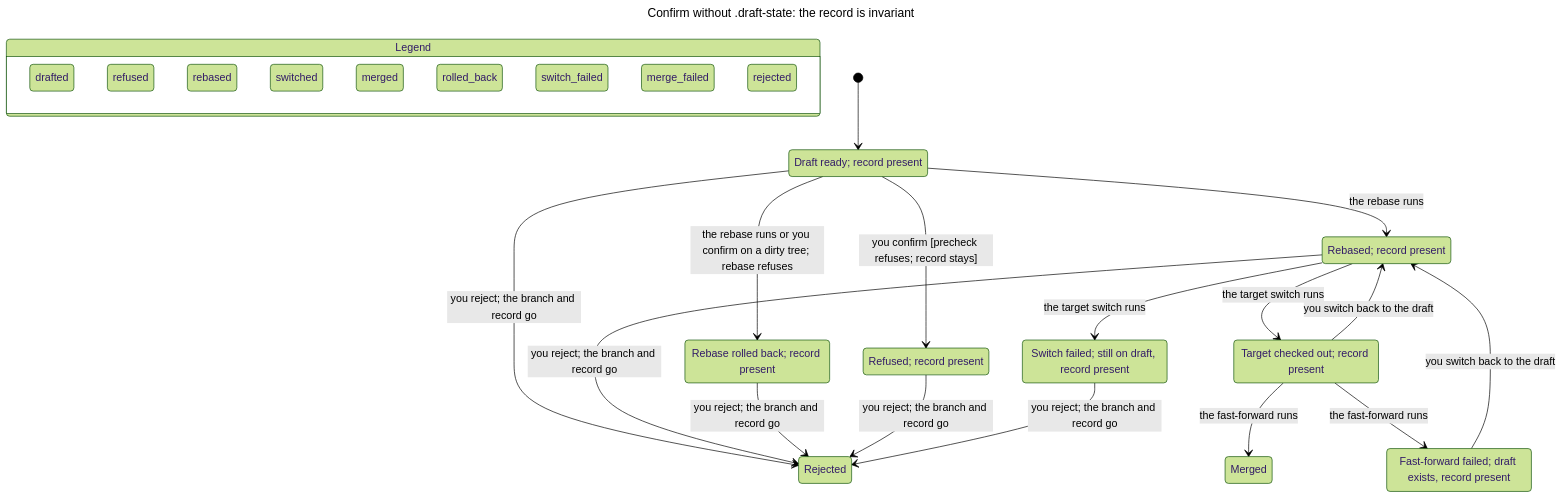
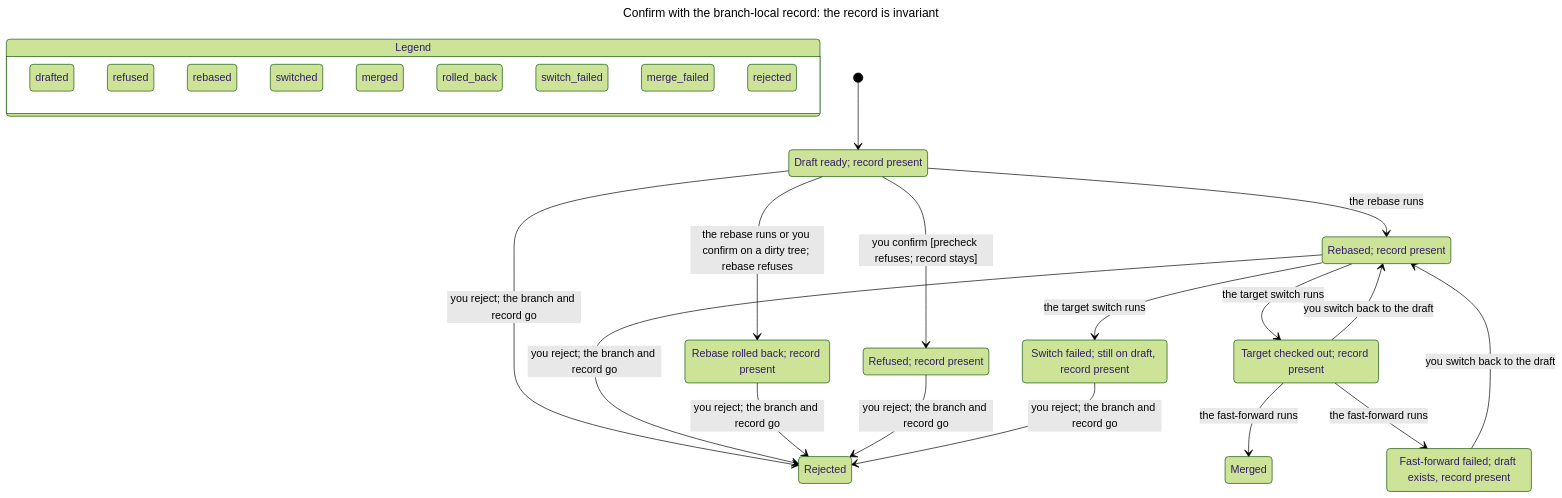
Before and after one commit to yaojiethng/agent-sandbox: the second of 2 diagrams in docs/reference/draft_branch_statechart.md, drawn with Mermaid (forest theme). The commit also changed other lines of this file and 18 other files, not shown here.

First line of the commit message:
impl: move the draft record onto the branch

````diff
--- a/docs/reference/draft_branch_statechart.md
+++ b/docs/reference/draft_branch_statechart.md
@@ -132,59 +132,59 @@
 ```mermaid
 ---
-title: "Confirm without .draft-state: the record is invariant"
+title: "Confirm with the branch-local record: the record is invariant"
 ---
 stateDiagram-v2
   state "Legend" as legend {
     lg0: drafted
     lg1: refused
     lg2: rebased
     lg3: switched
     lg4: merged
     lg5: rolled_back
     lg6: switch_failed
     lg7: merge_failed
     lg8: rejected
   }
   class lg0 blue
   class lg1 teal
   class lg2 yellow
   class lg3 yellow
   class lg4 teal
   class lg5 purple
   class lg6 orange
   class lg7 orange
   class lg8 pink
   s0: Draft ready#59; record present
   s1: Rebased#59; record present
   s2: Rejected
   s3: Rebase rolled back#59; record present
   s4: Target checked out#59; record present
   s5: Merged
   s6: Refused#59; record present
   s7: Switch failed#59; still on draft, record present
   s8: Fast-forward failed#59; draft exists, record present
   [*] --> s0
   s0 --> s1: the rebase runs
   s0 --> s2: you reject#59; the branch and record go
   s0 --> s3: the rebase runs or you confirm on a dirty tree#59; rebase refuses
   s1 --> s2: you reject#59; the branch and record go
   s1 --> s4: the target switch runs
   s0 --> s6: you confirm [precheck refuses#59; record stays]
   s1 --> s7: the target switch runs
   s3 --> s2: you reject#59; the branch and record go
   s4 --> s1: you switch back to the draft
   s4 --> s5: the fast-forward runs
   s6 --> s2: you reject#59; the branch and record go
   s7 --> s2: you reject#59; the branch and record go
   s4 --> s8: the fast-forward runs
   s8 --> s1: you switch back to the draft
   class s0 blue
   class s1 yellow
   class s2 pink
   class s3 purple
   class s4 yellow
   class s5 teal
   class s6 teal
   class s7 orange
   class s8 orange
 ```
````
